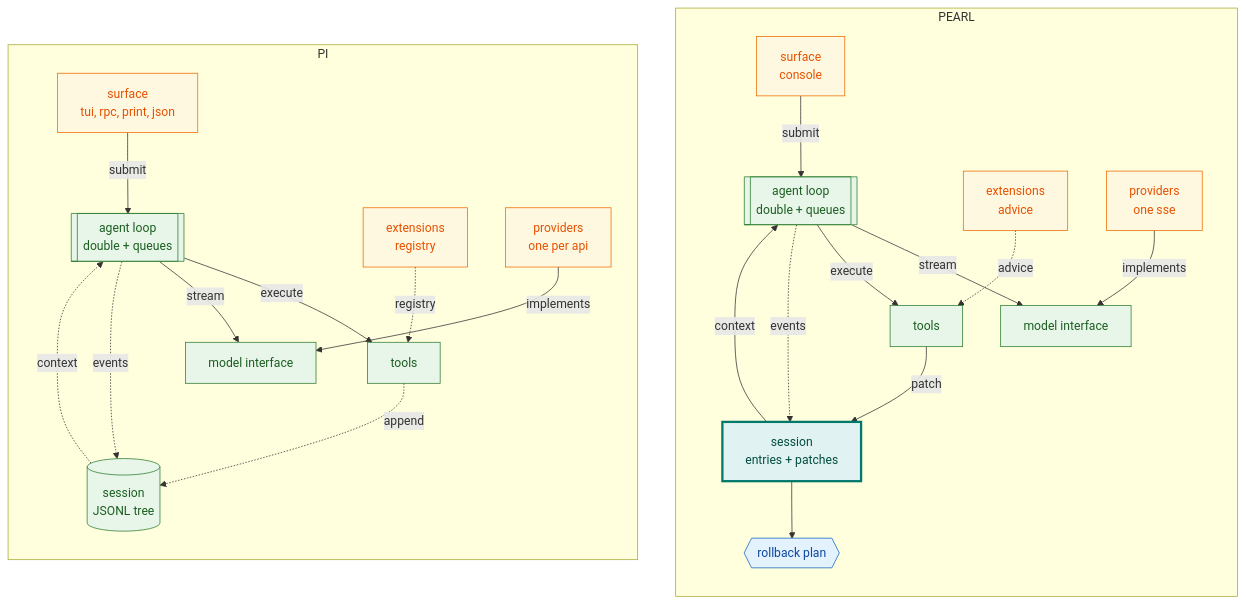
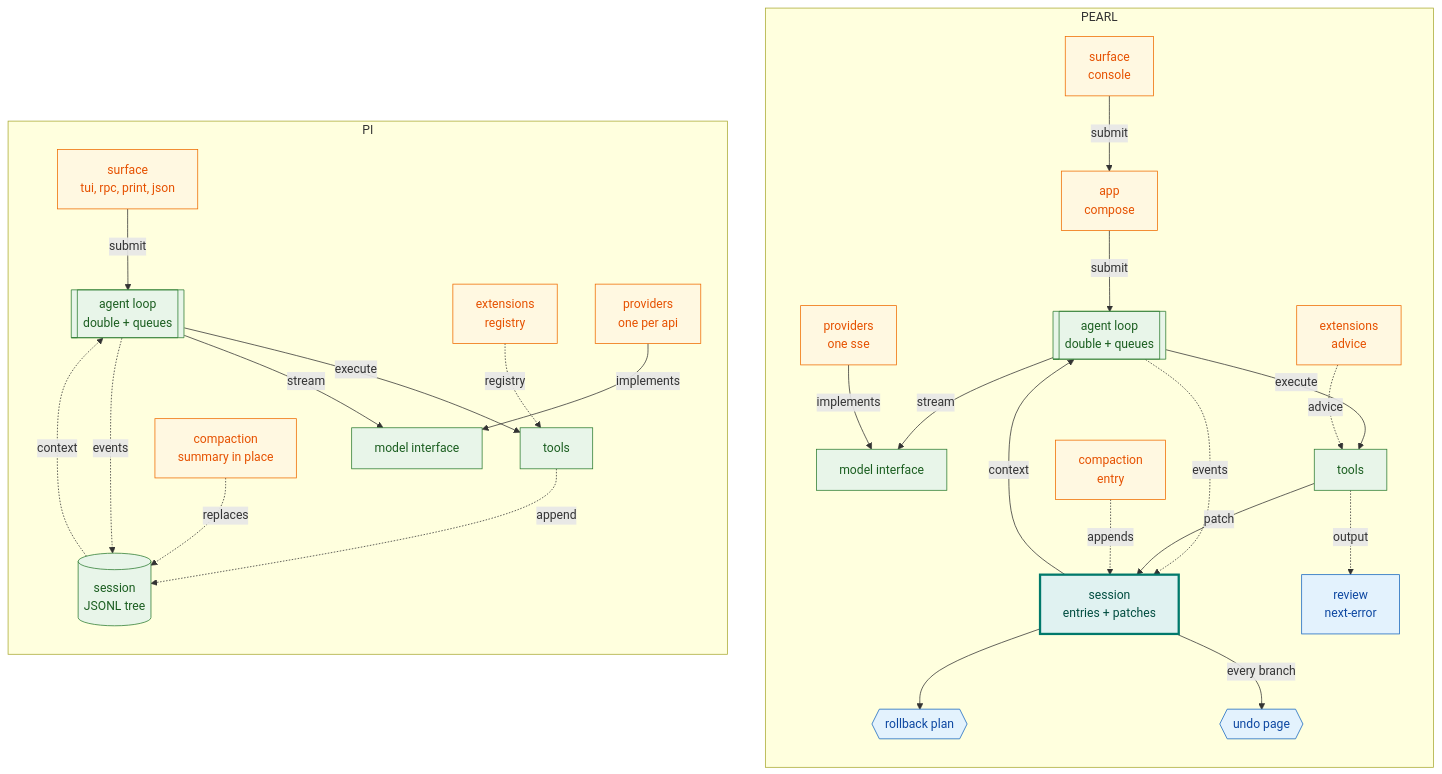
One commit to OverbearingPearl/pearl changed the diagram in README.md. Above: the diagram before and after it, drawn with Mermaid. The commit also changed other lines of this file, not shown here.

````diff
--- a/README.md
+++ b/README.md
@@ -123,35 +125,41 @@
 ```mermaid
 flowchart TB
   subgraph R["PEARL"]
     direction TB
-    r_surf["surface<br/>console"] -->|submit| r_loop[["agent loop<br/>double + queues"]]
+    r_surf["surface<br/>console"] -->|submit| r_app["app<br/>compose"]
+    r_app -->|submit| r_loop[["agent loop<br/>double + queues"]]
     r_loop -->|stream| r_model["model interface"]
     r_loop -->|execute| r_tools["tools"]
     r_loop -.->|events| r_sess["session<br/>entries + patches"]
     r_tools -->|patch| r_sess
     r_sess -->|context| r_loop
     r_sess --> r_plan{{"rollback plan"}}
+    r_sess -->|every branch| r_time{{"undo page"}}
+    r_tools -.->|output| r_review["review<br/>next-error"]
+    r_compact["compaction<br/>entry"] -.->|appends| r_sess
     r_ext["extensions<br/>advice"] -.->|advice| r_tools
     r_prov["providers<br/>one sse"] -->|implements| r_model
   end
   subgraph L["PI"]
     direction TB
     l_surf["surface<br/>tui, rpc, print, json"] -->|submit| l_loop[["agent loop<br/>double + queues"]]
     l_loop -->|execute| l_tools["tools"]
     l_loop -->|stream| l_model["model interface"]
     l_loop -.->|events| l_sess[("session<br/>JSONL tree")]
     l_tools -.->|append| l_sess
     l_sess -.->|context| l_loop
+    l_compact["compaction<br/>summary in place"] -.->|replaces| l_sess
     l_ext["extensions<br/>registry"] -.->|registry| l_tools
     l_prov["providers<br/>one per api"] -->|implements| l_model
   end
   classDef keep fill:#e8f5e9,stroke:#2e7d32,color:#1b5e20
   classDef moved fill:#e0f2f1,stroke:#00796b,color:#004d40,stroke-width:3px
   classDef added fill:#e3f2fd,stroke:#1565c0,color:#0d47a1
   classDef changed fill:#fff8e1,stroke:#ef6c00,color:#e65100
   class l_loop,l_model,l_tools,l_sess,r_loop,r_model,r_tools keep
   class l_surf,l_ext,l_prov changed
   class r_surf,r_ext,r_prov changed
+  class l_compact,r_compact,r_app changed
   class r_sess moved
-  class r_plan added
+  class r_plan,r_time,r_review added
 ```
````
